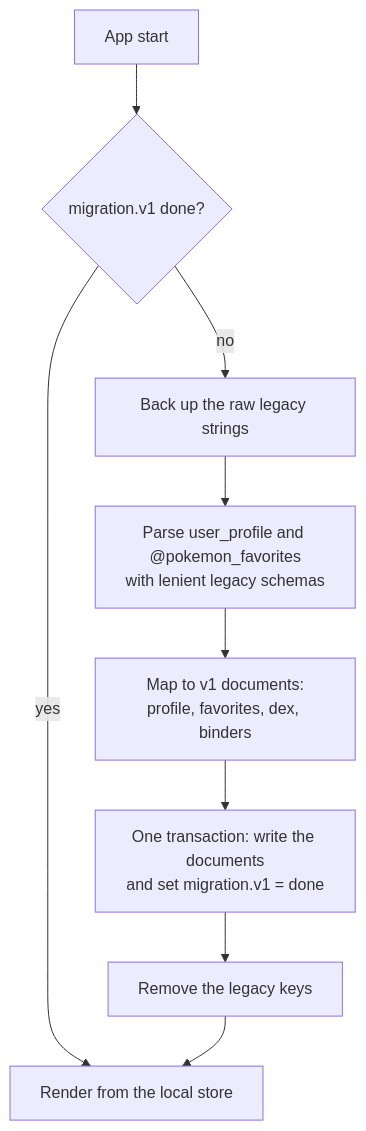
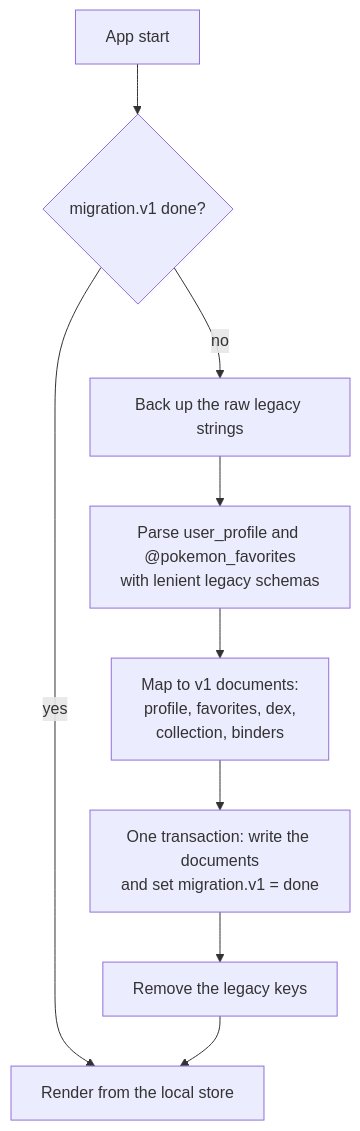
The third of 3 diagrams in docs/architecture/data-model.md (edmundtrinh/PokeVerse), drawn with Mermaid before and after one commit. The commit also changed other lines of this file and 5 other files, not shown here.

Commit message:
Plan the card collection, dex progress, and card search

````diff
--- a/docs/architecture/data-model.md
+++ b/docs/architecture/data-model.md
@@ -623,11 +861,11 @@
 ```mermaid
 flowchart TD
   START["App start"] --> DONE{"migration.v1 done?"}
   DONE -->|yes| READY["Render from the local store"]
   DONE -->|no| BACKUP["Back up the raw legacy strings"]
   BACKUP --> PARSE["Parse user_profile and @pokemon_favorites<br/>with lenient legacy schemas"]
-  PARSE --> MAP["Map to v1 documents:<br/>profile, favorites, dex, binders"]
+  PARSE --> MAP["Map to v1 documents:<br/>profile, favorites, dex,<br/>collection, binders"]
   MAP --> TX["One transaction: write the documents<br/>and set migration.v1 = done"]
   TX --> CLEAN["Remove the legacy keys"]
   CLEAN --> READY
 ```
````
